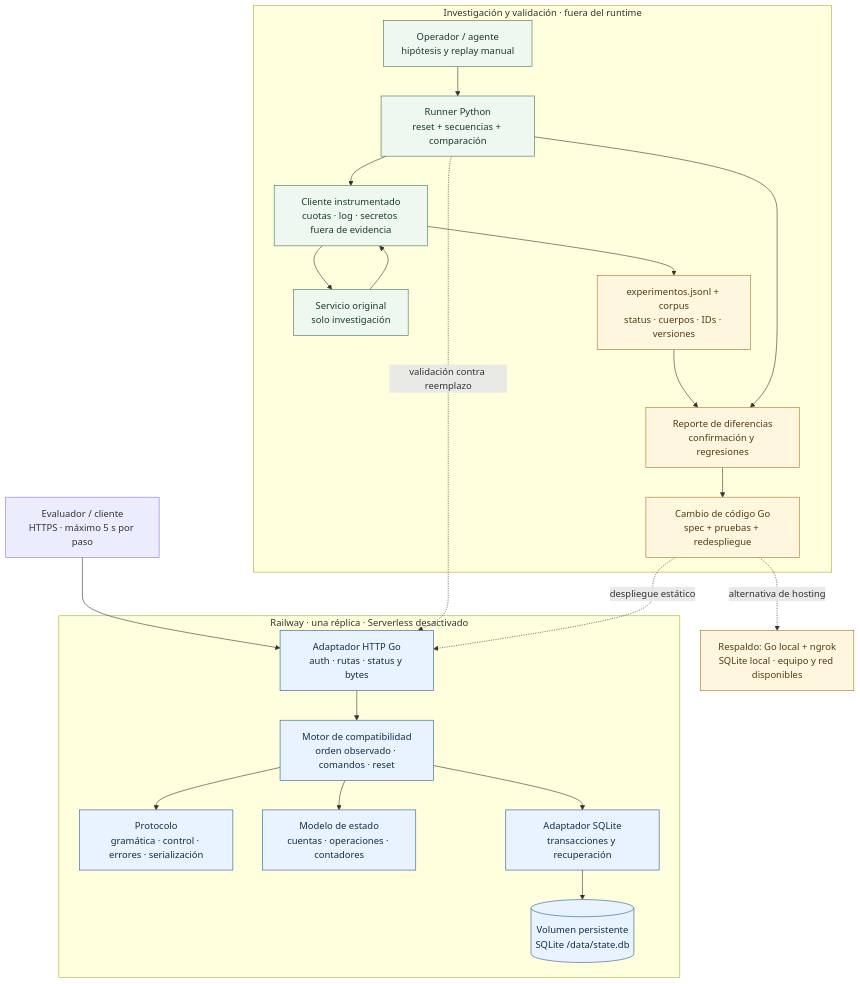
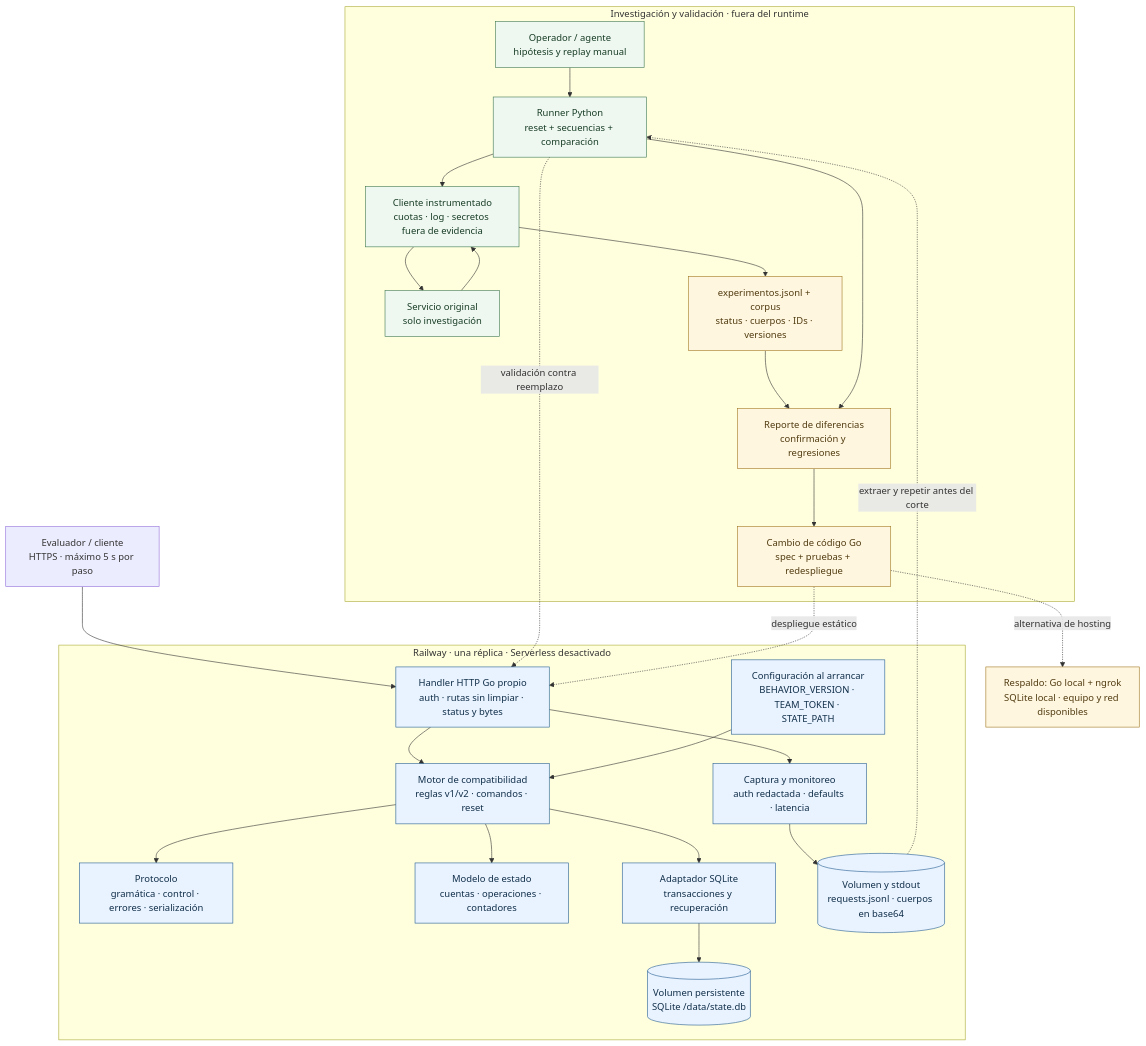
One commit to game013/frontier-hackaton-10102026 changed the diagram in docs/architecture.mmd. Above: the diagram before and after it, drawn with Mermaid. The commit also changed 12 other files, not shown here.

Commit message:
docs: resolve design priorities and export architecture PNG

```diff
--- a/docs/architecture.mmd
+++ b/docs/architecture.mmd
@@ -1,43 +1,50 @@
 flowchart TB
   subgraph EXP["Investigación y validación · fuera del runtime"]
     operator["Operador / agente<br/>hipótesis y replay manual"]
     runner["Runner Python<br/>reset + secuencias + comparación"]
     client["Cliente instrumentado<br/>cuotas · log · secretos fuera de evidencia"]
     original["Servicio original<br/>solo investigación"]
     evidence["experimentos.jsonl + corpus<br/>status · cuerpos · IDs · versiones"]
     diff["Reporte de diferencias<br/>confirmación y regresiones"]
     review["Cambio de código Go<br/>spec + pruebas + redespliegue"]
     operator --> runner
     runner --> client
     client --> original
     original --> client
     client --> evidence
     evidence --> diff
     runner --> diff
     diff --> review
   end
   subgraph RUN["Railway · una réplica · Serverless desactivado"]
-    http["Adaptador HTTP Go<br/>auth · rutas · status y bytes"]
-    engine["Motor de compatibilidad<br/>orden observado · comandos · reset"]
+    http["Handler HTTP Go propio<br/>auth · rutas sin limpiar · status y bytes"]
+    engine["Motor de compatibilidad<br/>reglas v1/v2 · comandos · reset"]
     protocol["Protocolo<br/>gramática · control · errores · serialización"]
     state["Modelo de estado<br/>cuentas · operaciones · contadores"]
     store["Adaptador SQLite<br/>transacciones y recuperación"]
     db[("Volumen persistente<br/>SQLite /data/state.db")]
+    config["Configuración al arrancar<br/>BEHAVIOR_VERSION · TEAM_TOKEN · STATE_PATH"]
+    telemetry["Captura y monitoreo<br/>auth redactada · defaults · latencia"]
+    requestlog[("Volumen y stdout<br/>requests.jsonl · cuerpos en base64")]
     http --> engine
     engine --> protocol
     engine --> state
     engine --> store
     store --> db
+    config --> engine
+    http --> telemetry
+    telemetry --> requestlog
   end
   evaluator["Evaluador / cliente<br/>HTTPS · máximo 5 s por paso"]
   evaluator --> http
   runner -. "validación contra reemplazo" .-> http
+  requestlog -. "extraer y repetir antes del corte" .-> runner
   review -. "despliegue estático" .-> http
   backup["Respaldo: Go local + ngrok<br/>SQLite local · equipo y red disponibles"]
   review -. "alternativa de hosting" .-> backup
   classDef runtime fill:#e9f3ff,stroke:#245c91,color:#102e49;
   classDef research fill:#eef8f1,stroke:#3e7650,color:#193d25;
   classDef artifact fill:#fff6df,stroke:#a07621,color:#503b10;
-  class http,engine,protocol,state,store,db runtime;
+  class http,engine,protocol,state,store,db,config,telemetry,requestlog runtime;
   class operator,runner,client,original research;
   class evidence,diff,review,backup artifact;
```
